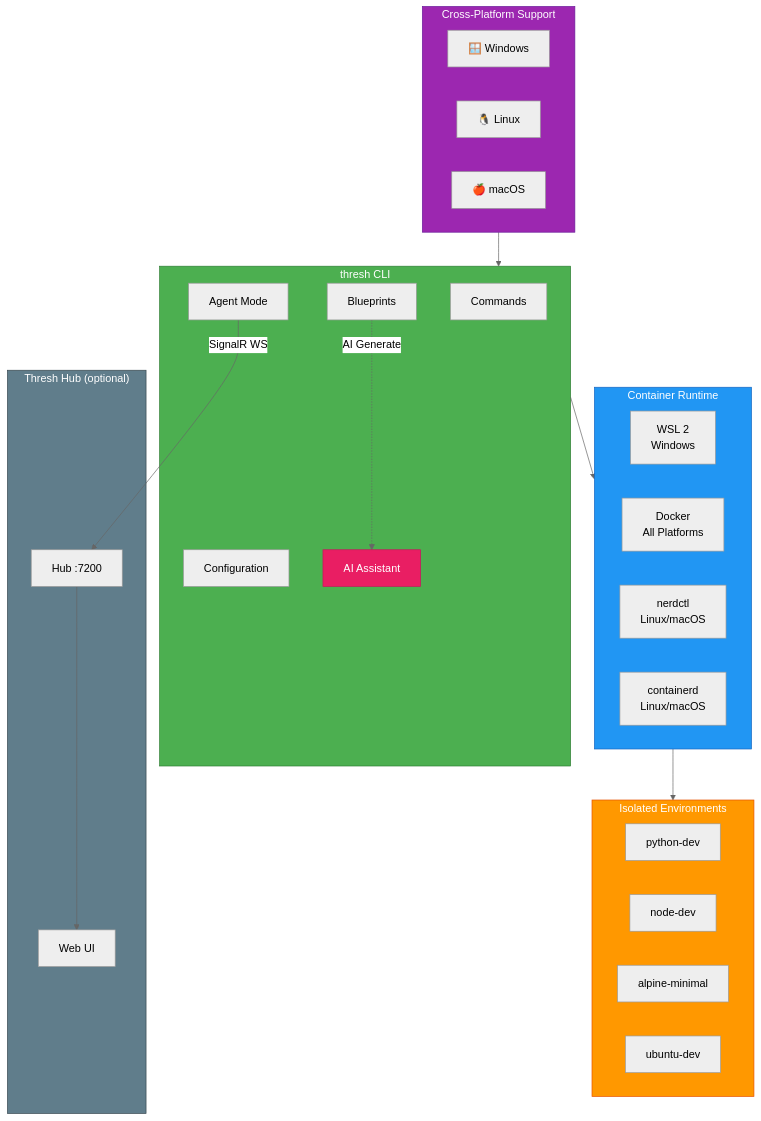
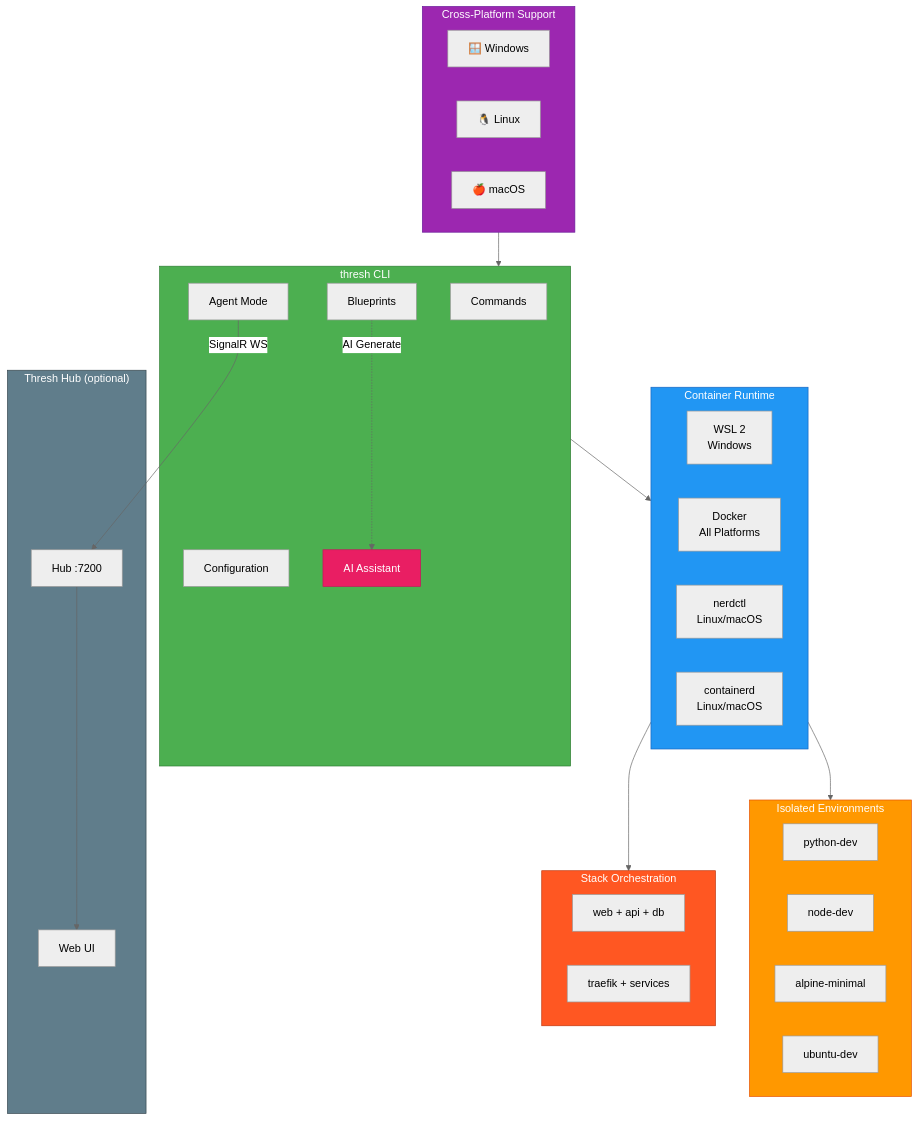
One commit to dealer426/thresh changed the diagram in website/versioned_docs/version-1.7.0/intro.md. Above: the diagram before and after it, drawn with Mermaid (neutral theme). The commit also changed other lines of this file and 19 other files, not shown here.

````diff
--- a/website/versioned_docs/version-1.7.0/intro.md
+++ b/website/versioned_docs/version-1.7.0/intro.md
@@ -30,50 +33,57 @@
 ```mermaid
 graph TB
     subgraph Platforms["Cross-Platform Support"]
         direction LR
         Win[🪟 Windows]
         Lin[🐧 Linux]
         Mac[🍎 macOS]
     end
     
     subgraph CLI["thresh CLI"]
         Commands[Commands]
         Blueprints[Blueprints]
         Config[Configuration]
         AI[AI Assistant]
         Agent[Agent Mode]
     end
     
     subgraph Runtime["Container Runtime"]
         WSL[WSL 2<br/>Windows]
         Docker[Docker<br/>All Platforms]
         Nerdctl[nerdctl<br/>Linux/macOS]
         Containerd[containerd<br/>Linux/macOS]
     end
     
     subgraph Envs["Isolated Environments"]
         E1[python-dev]
         E2[node-dev]
         E3[alpine-minimal]
         E4[ubuntu-dev]
     end
 
+    subgraph Stacks["Stack Orchestration"]
+        S1[web + api + db]
+        S2[traefik + services]
+    end
+
     subgraph Hub["Thresh Hub (optional)"]
         H[Hub :7200]
         UI[Web UI]
     end
     
     Platforms --> CLI
     CLI --> Runtime
     Runtime --> Envs
+    Runtime --> Stacks
     Blueprints -.->|AI Generate| AI
     Agent -->|SignalR WS| H
     H --> UI
     
     style CLI fill:#4CAF50,stroke:#2E7D32,color:#fff
     style Runtime fill:#2196F3,stroke:#1565C0,color:#fff
     style Envs fill:#FF9800,stroke:#E65100,color:#fff
     style Platforms fill:#9C27B0,stroke:#6A1B9A,color:#fff
     style AI fill:#E91E63,stroke:#C2185B,color:#fff
+    style Stacks fill:#FF5722,stroke:#BF360C,color:#fff
     style Hub fill:#607D8B,stroke:#37474F,color:#fff
 ```
````
